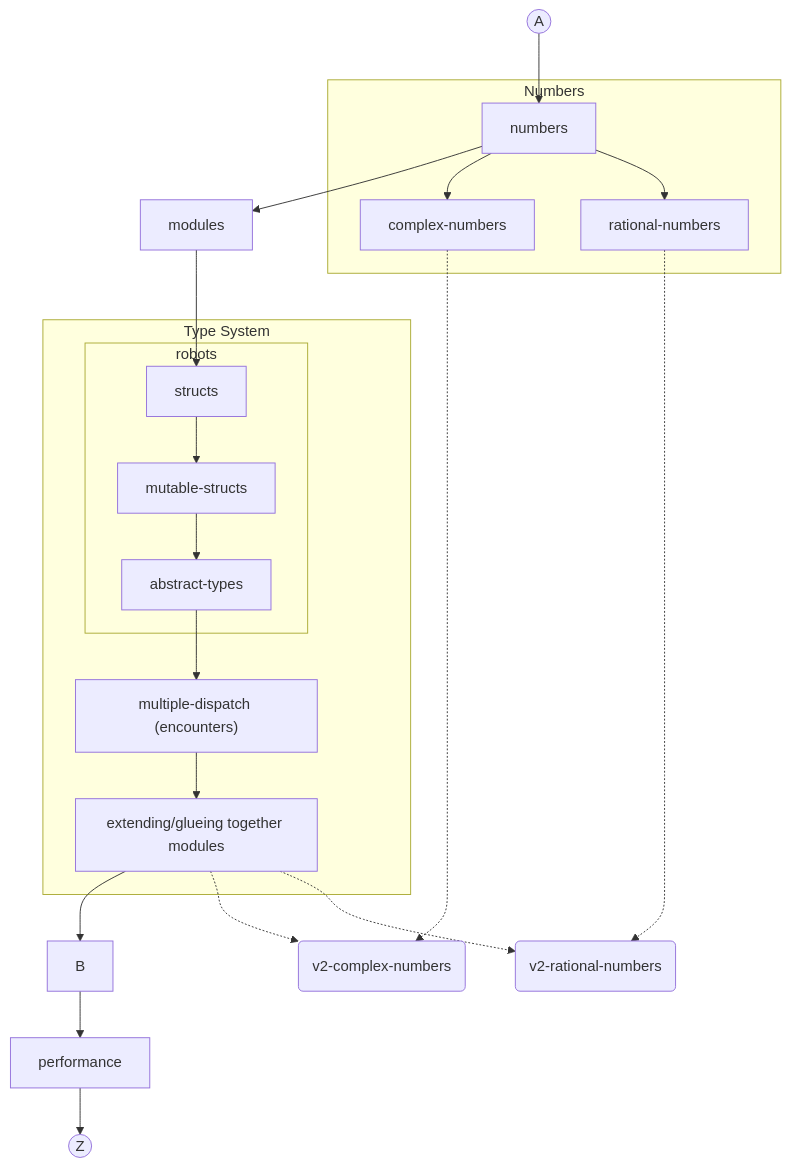
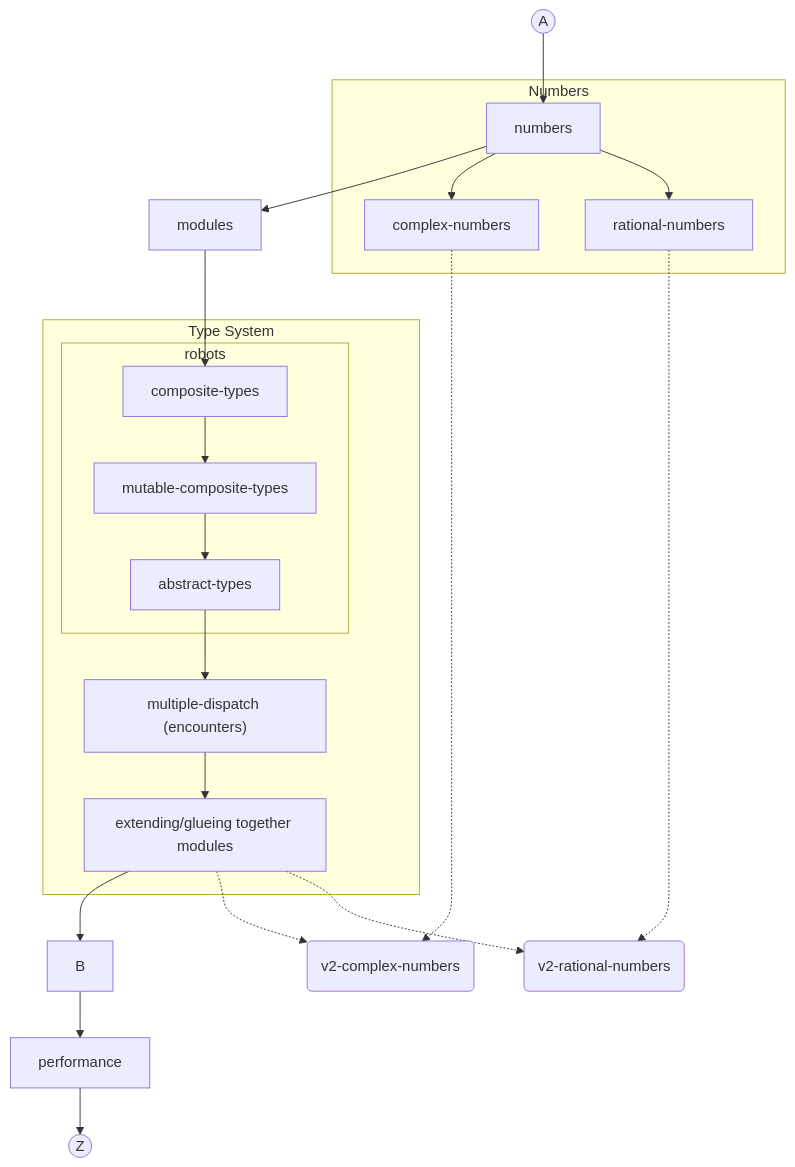
Before and after one commit to exercism/v3: the diagram in languages/julia/reference/progression.md, drawn with Mermaid.

Commit message:
s/structs/composite-types/

````diff
--- a/languages/julia/reference/progression.md
+++ b/languages/julia/reference/progression.md
@@ -5,30 +5,30 @@
 ```mermaid
 graph TD
 
 A((A)) --> numbers
 
 numbers --> modules
 
-modules --> structs
+modules --> composite-types
 subgraph Type System
 	subgraph robots
-		structs --> mutable-structs
-		mutable-structs --> abstract-types
+		composite-types --> mutable-composite-types
+		mutable-composite-types --> abstract-types
 	end
 	abstract-types --> multiple-dispatch
 	multiple-dispatch["multiple-dispatch (encounters)"] --> extension[extending/glueing together modules]
 end
 extension --> B
 B --> performance
 performance --> Z((Z))
 
 subgraph Numbers
 	numbers --> complex-numbers
 	numbers --> rational-numbers
 end
 
 complex-numbers -.-> v2-complex-numbers(v2-complex-numbers)
 rational-numbers -.-> v2-rational-numbers(v2-rational-numbers)
 extension -.-> v2-complex-numbers
 extension -.-> v2-rational-numbers
 ```
````
